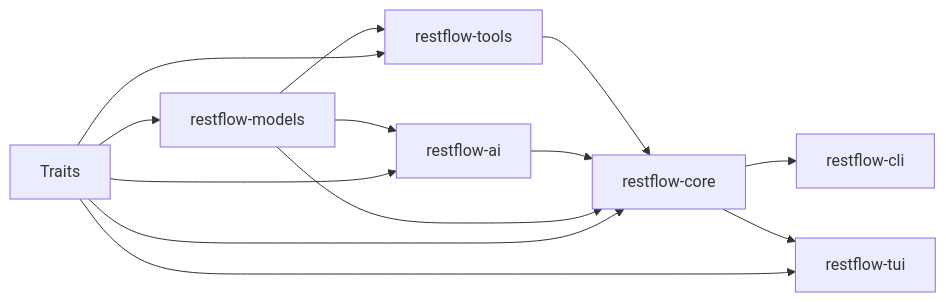
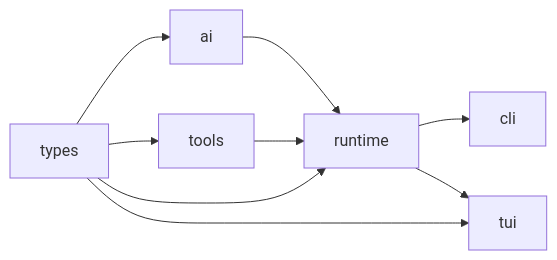
Before and after one commit to lhwzds/restflow: the second of 4 diagrams in SYSTEM_ARCHITECTURE.md, drawn with Mermaid. The commit also changed other lines of this file and 814 other files, not shown here.

````diff
--- a/SYSTEM_ARCHITECTURE.md
+++ b/SYSTEM_ARCHITECTURE.md
@@ -74,17 +74,12 @@
 ```mermaid
 flowchart LR
-    Traits --> Models["restflow-models"]
-    Traits --> Ai["restflow-ai"]
-    Traits --> Tools["restflow-tools"]
-    Traits --> Core["restflow-core"]
-    Traits --> Tui["restflow-tui"]
-
-    Models --> Ai
-    Models --> Tools
-    Models --> Core
+    Types["types"] --> Ai["ai"]
+    Types --> Tools["tools"]
+    Types --> Core["runtime"]
+    Types --> Tui["tui"]
     Ai --> Core
     Tools --> Core
 
-    Core --> Cli["restflow-cli"]
+    Core --> Cli["cli"]
     Core --> Tui
 ```
````
